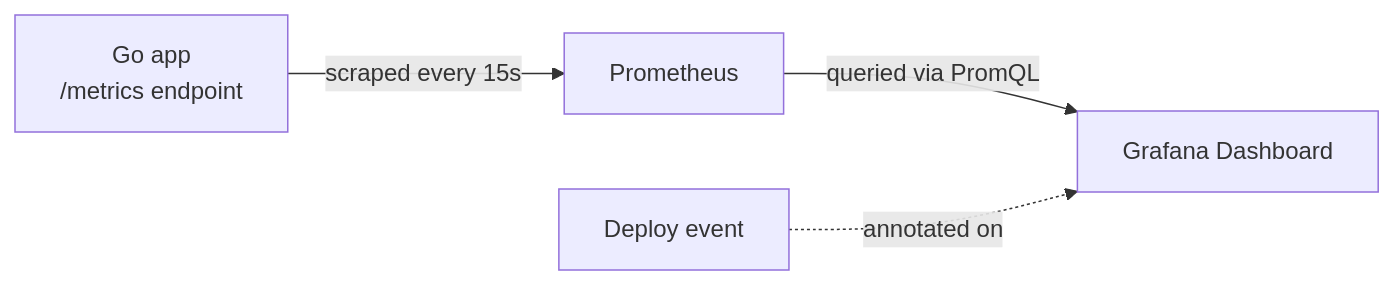
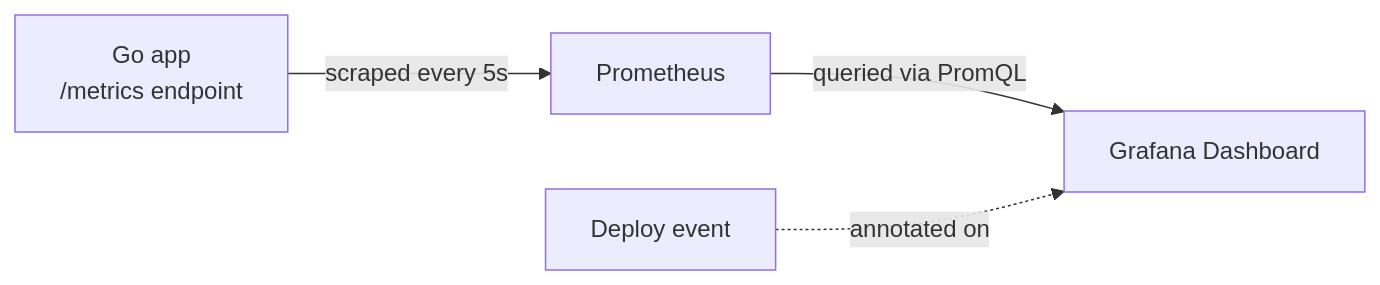
One commit to GaouravPatil/Guardrail changed the third of 3 diagrams in README.md. Above: the diagram before and after it, drawn with Mermaid. The commit also changed other lines of this file and 17 other files, not shown here.

````diff
--- a/README.md
+++ b/README.md
@@ -141,6 +142,6 @@
 ```mermaid
 flowchart LR
-    A[Go app<br/>/metrics endpoint] -->|scraped every 15s| B[Prometheus]
+    A[Go app<br/>/metrics endpoint] -->|scraped every 5s| B[Prometheus]
     B -->|queried via PromQL| C[Grafana Dashboard]
     D[Deploy event] -.annotated on.-> C
 ```
````
